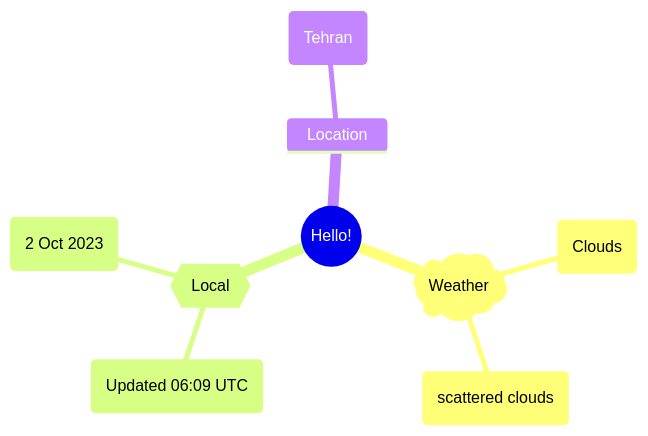
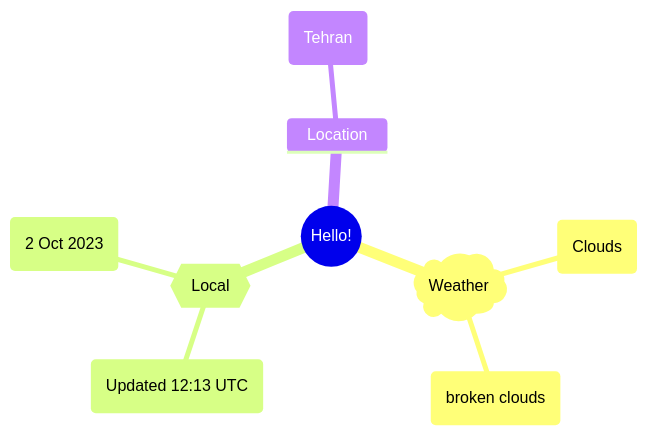
One commit to Xosrov/Xosrov changed the first of 2 diagrams in README.md. Above: the diagram before and after it, drawn with Mermaid.

Commit message:
[bot] updated images

````diff
--- a/README.md
+++ b/README.md
@@ -3,12 +3,12 @@
 ```mermaid
 mindmap
   root((Hello!))
     )Weather(
         (Clouds)
-        (scattered clouds)
+        (broken clouds)
     {{Local}}
-        (Updated 06:09 UTC)
+        (Updated 12:13 UTC)
         (2 Oct 2023)
     Location
         (Tehran)
 ```
````
